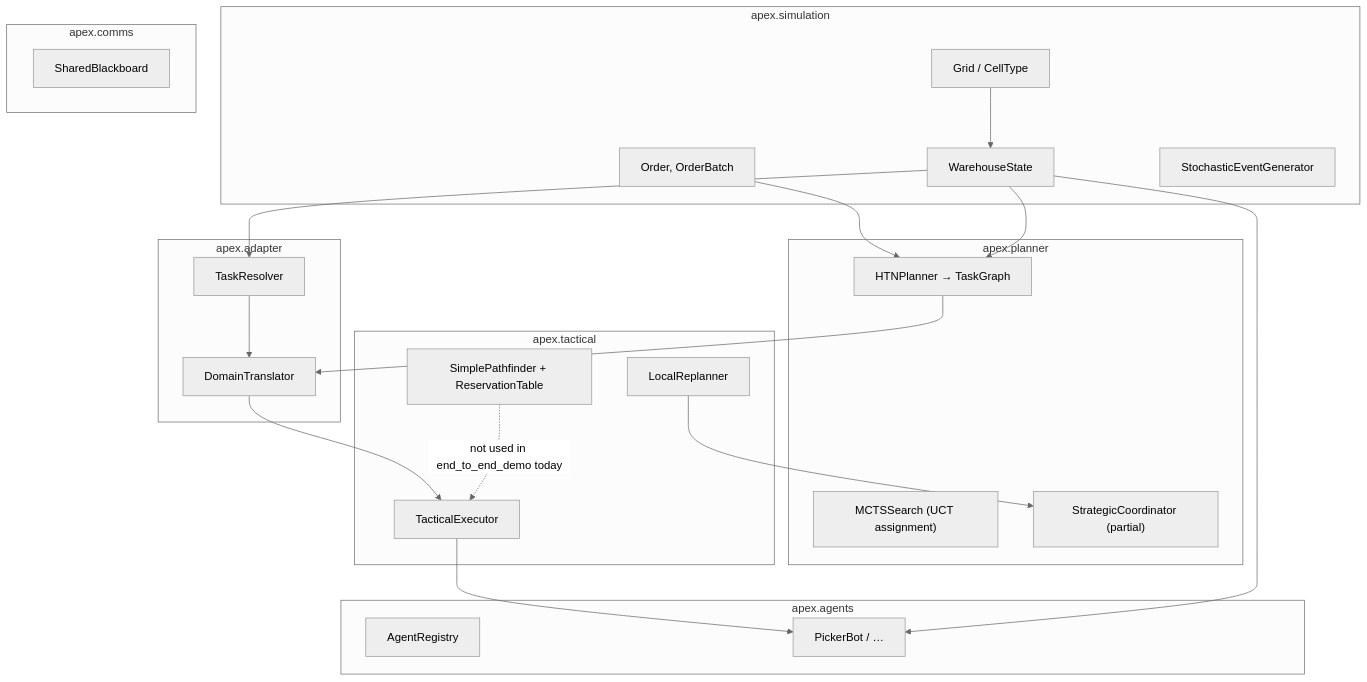
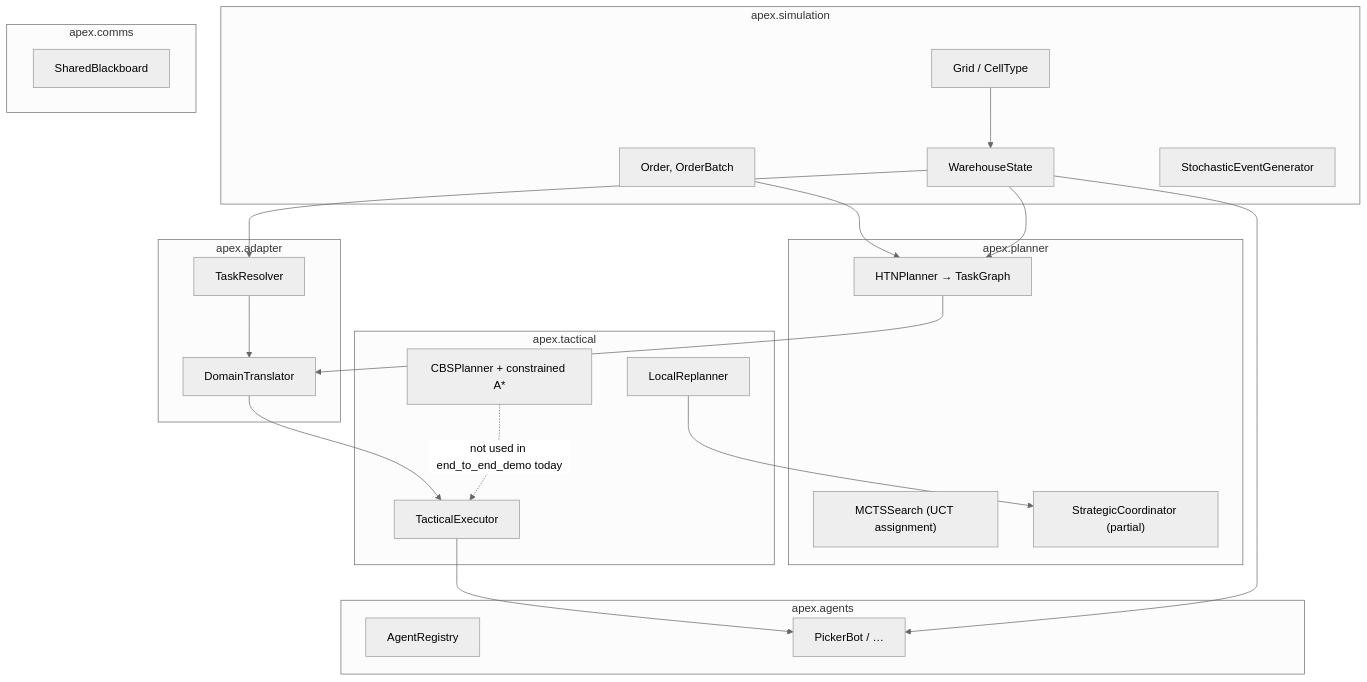
Before and after one commit to kmn01/APEX: the diagram in docs/Codebase_Guide.md, drawn with Mermaid (neutral theme). The commit also changed other lines of this file and 8 other files, not shown here.

````diff
--- a/docs/Codebase_Guide.md
+++ b/docs/Codebase_Guide.md
@@ -36,47 +36,47 @@
 ```mermaid
 flowchart TB
   subgraph sim["apex.simulation"]
     Grid["Grid / CellType"]
     WS["WarehouseState"]
     Ord["Order, OrderBatch"]
     Ev["StochasticEventGenerator"]
   end
 
   subgraph plan["apex.planner"]
     HTN["HTNPlanner → TaskGraph"]
     MCTS["MCTSSearch (UCT assignment)"]
     Coord["StrategicCoordinator (partial)"]
   end
 
   subgraph adapt["apex.adapter"]
     Res["TaskResolver"]
     Tr["DomainTranslator"]
   end
 
   subgraph tact["apex.tactical"]
     Ex["TacticalExecutor"]
-    PF["SimplePathfinder + ReservationTable"]
+    PF["CBSPlanner + constrained A*"]
     Rep["LocalReplanner"]
   end
 
   subgraph ag["apex.agents"]
     Reg["AgentRegistry"]
     Bot["PickerBot / …"]
   end
 
   subgraph com["apex.comms"]
     BB["SharedBlackboard"]
   end
 
   Ord --> HTN
   WS --> HTN
   HTN --> Tr
   Res --> Tr
   WS --> Res
   Tr --> Ex
   Ex --> Bot
   Grid --> WS
   WS --> Bot
   Rep --> Coord
   PF -.->|"not used in end_to_end_demo today"| Ex
 ```
````
